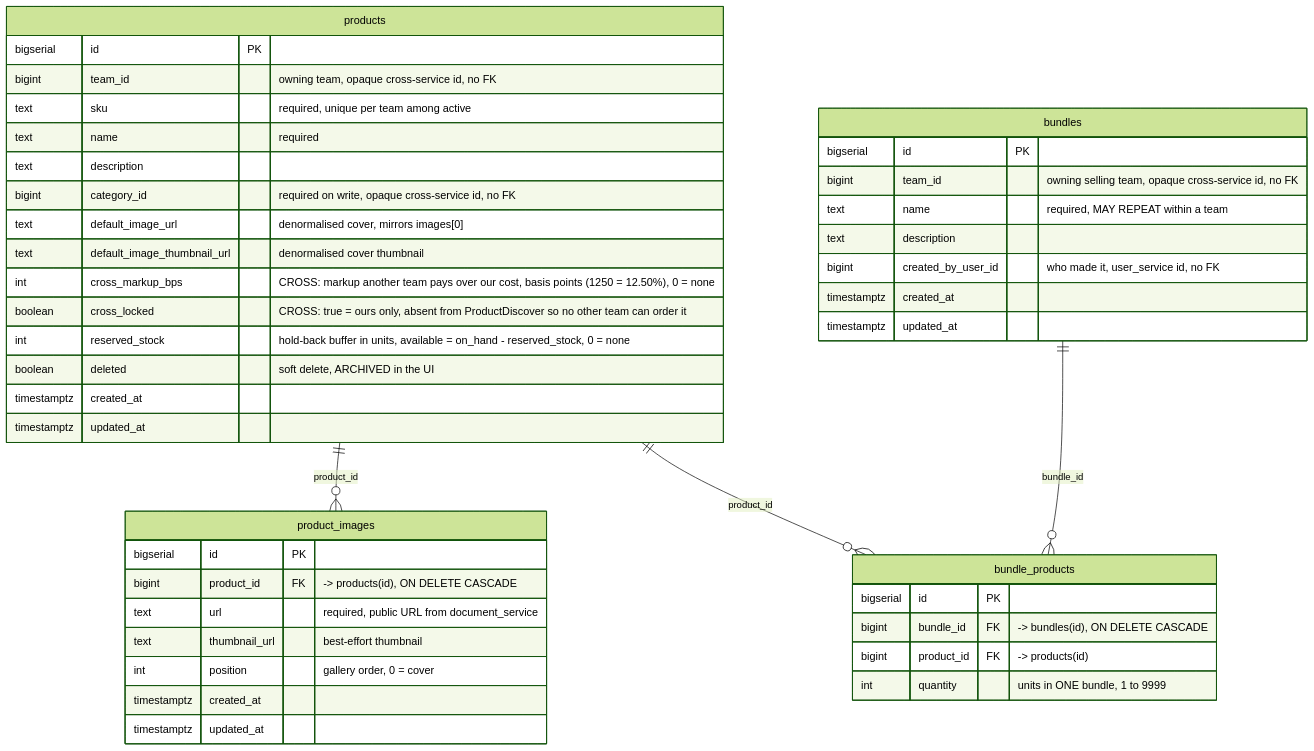
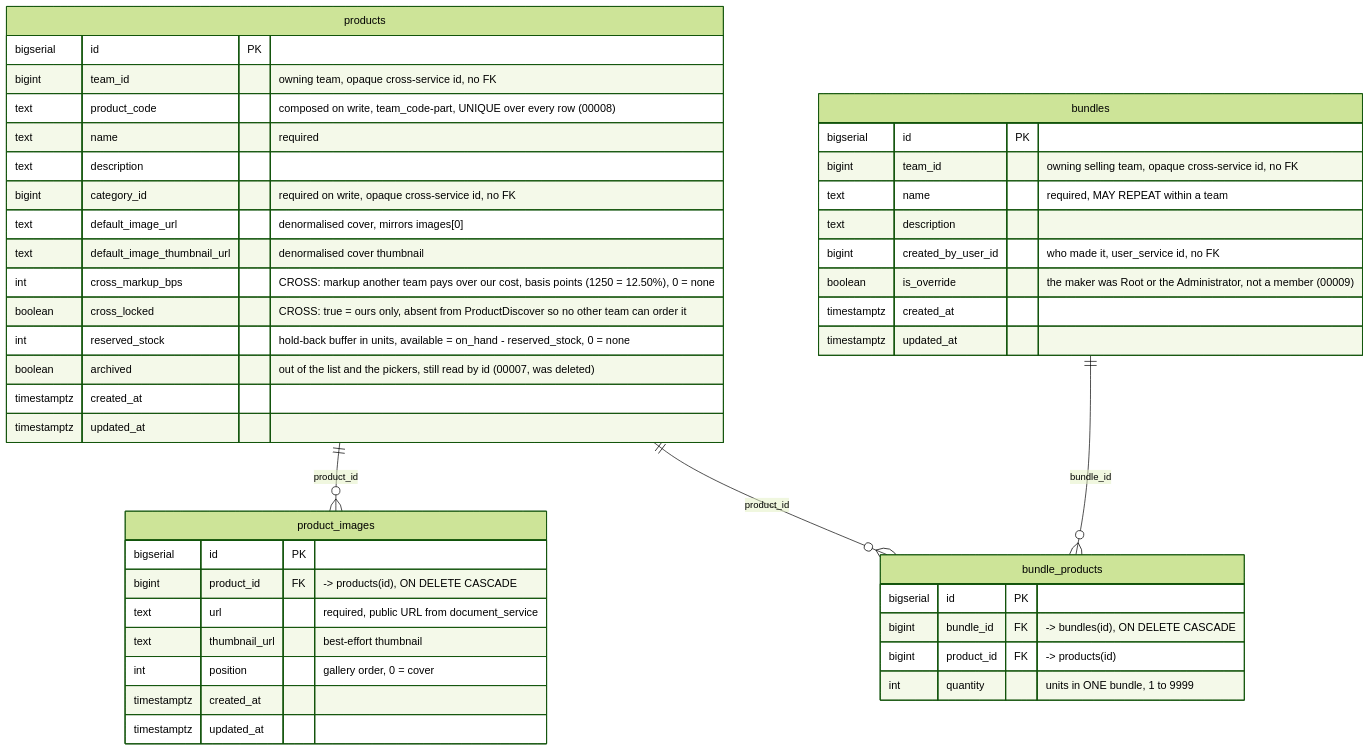
The fourth of 20 diagrams in docs/database-schema.md (pdcgo/warehouse_revamp), drawn with Mermaid (forest theme) before and after one commit. The commit also changed other lines of this file and 703 other files, not shown here.

````diff
--- a/docs/database-schema.md
+++ b/docs/database-schema.md
@@ -215,50 +267,51 @@
 ```mermaid
 erDiagram
     products ||--o{ product_images : "product_id"
     bundles ||--o{ bundle_products : "bundle_id"
     products ||--o{ bundle_products : "product_id"
 
     products {
         bigserial   id                          PK
         bigint      team_id                     "owning team, opaque cross-service id, no FK"
-        text        sku                         "required, unique per team among active"
+        text        product_code                "composed on write, team_code-part, UNIQUE over every row (00008)"
         text        name                        "required"
         text        description
         bigint      category_id                 "required on write, opaque cross-service id, no FK"
         text        default_image_url           "denormalised cover, mirrors images[0]"
         text        default_image_thumbnail_url "denormalised cover thumbnail"
         int         cross_markup_bps            "CROSS: markup another team pays over our cost, basis points (1250 = 12.50%), 0 = none"
         boolean     cross_locked                "CROSS: true = ours only, absent from ProductDiscover so no other team can order it"
         int         reserved_stock              "hold-back buffer in units, available = on_hand - reserved_stock, 0 = none"
-        boolean     deleted                     "soft delete, ARCHIVED in the UI"
+        boolean     archived                     "out of the list and the pickers, still read by id (00007, was deleted)"
         timestamptz created_at
         timestamptz updated_at
     }
 
     product_images {
         bigserial   id            PK
         bigint      product_id    FK "-> products(id), ON DELETE CASCADE"
         text        url           "required, public URL from document_service"
         text        thumbnail_url "best-effort thumbnail"
         int         position      "gallery order, 0 = cover"
         timestamptz created_at
         timestamptz updated_at
     }
 
     bundles {
         bigserial   id                 PK
         bigint      team_id            "owning selling team, opaque cross-service id, no FK"
         text        name               "required, MAY REPEAT within a team"
         text        description
         bigint      created_by_user_id "who made it, user_service id, no FK"
+        boolean     is_override        "the maker was Root or the Administrator, not a member (00009)"
         timestamptz created_at
         timestamptz updated_at
     }
 
     bundle_products {
         bigserial id         PK
         bigint    bundle_id  FK "-> bundles(id), ON DELETE CASCADE"
         bigint    product_id FK "-> products(id)"
         int       quantity   "units in ONE bundle, 1 to 9999"
     }
 ```
````
